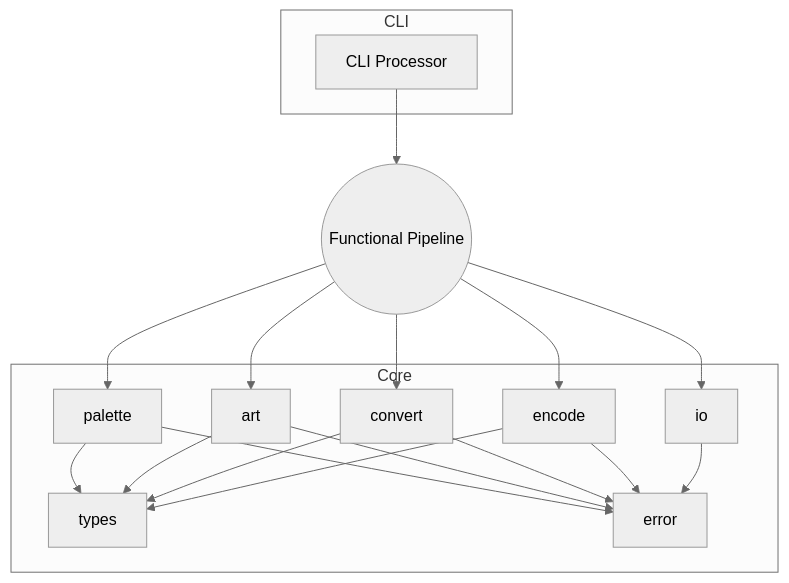
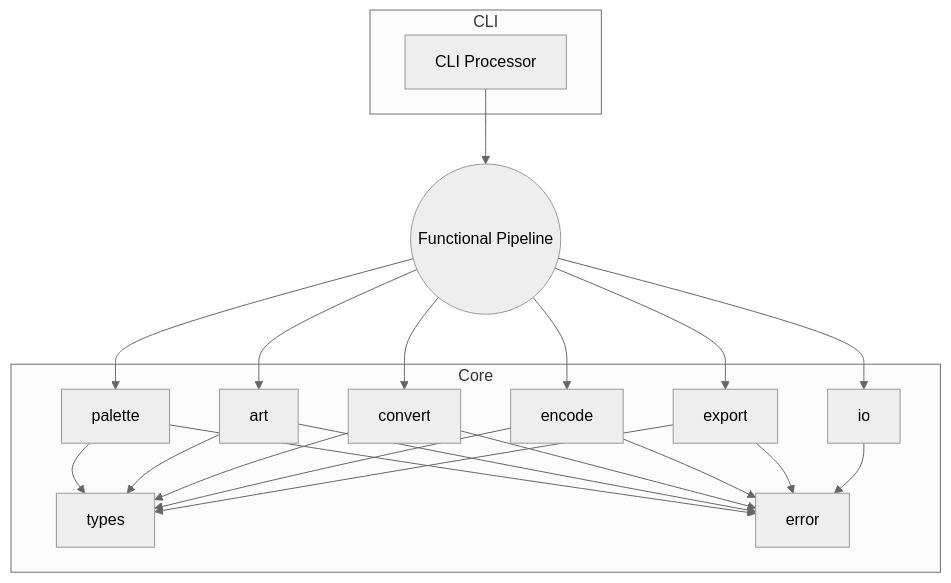
Before and after one commit to raulcorreia7/art2img: the first of 2 diagrams in docs/plan/architecture.md, drawn with Mermaid (neutral theme). The commit also changed other lines of this file and 32 other files, not shown here.

````diff
--- a/docs/plan/architecture.md
+++ b/docs/plan/architecture.md
@@ -49,35 +51,39 @@
 ```mermaid
 graph TD
   subgraph CLI
     CLIProc[CLI Processor]
   end
   subgraph Core
     Types[types]
     Error[error]
     Palette[palette]
     Art[art]
     Convert[convert]
     Encode[encode]
+    Export[export]
     IO[io]
   end
 
   CLIProc --> Pipeline
   Pipeline((Functional Pipeline))
 
   Pipeline --> Palette
   Pipeline --> Art
   Pipeline --> Convert
   Pipeline --> Encode
+  Pipeline --> Export
   Pipeline --> IO
 
   Palette --> Error
   Art --> Error
   Convert --> Error
   Encode --> Error
+  Export --> Error
   IO --> Error
 
   Palette --> Types
   Art --> Types
   Convert --> Types
   Encode --> Types
+  Export --> Types
 ```
````
